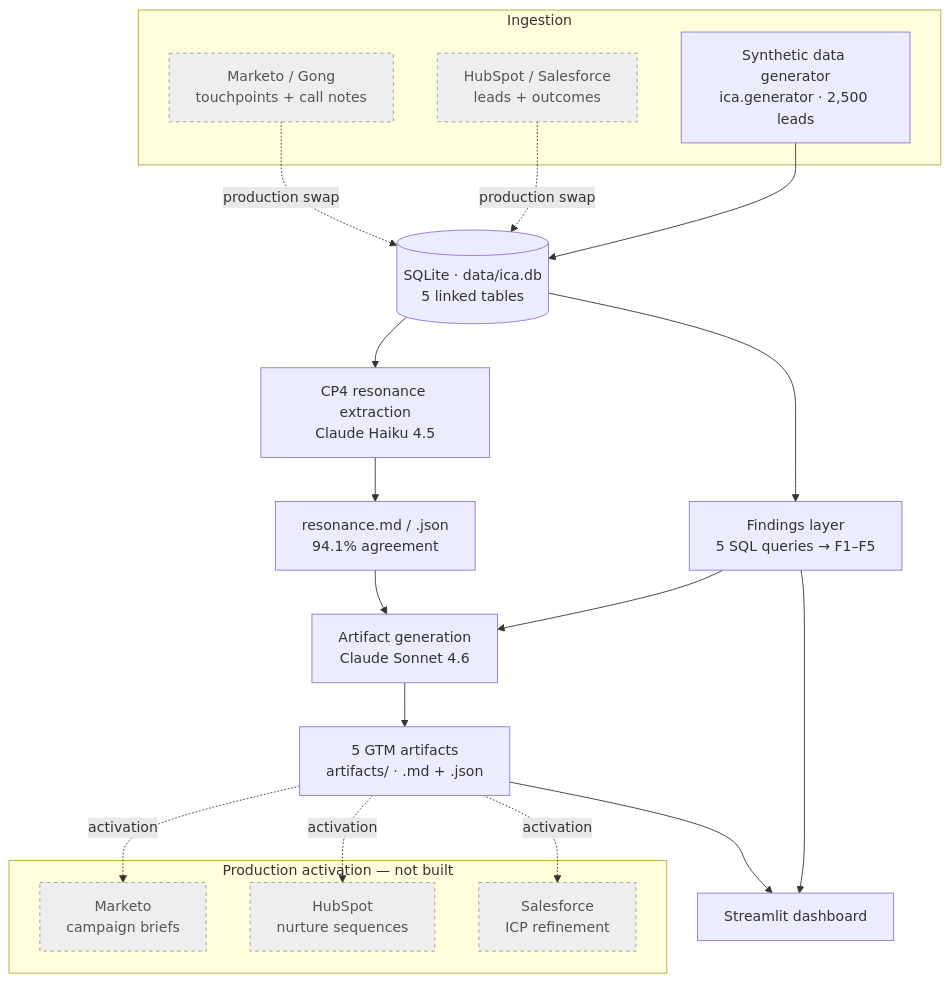
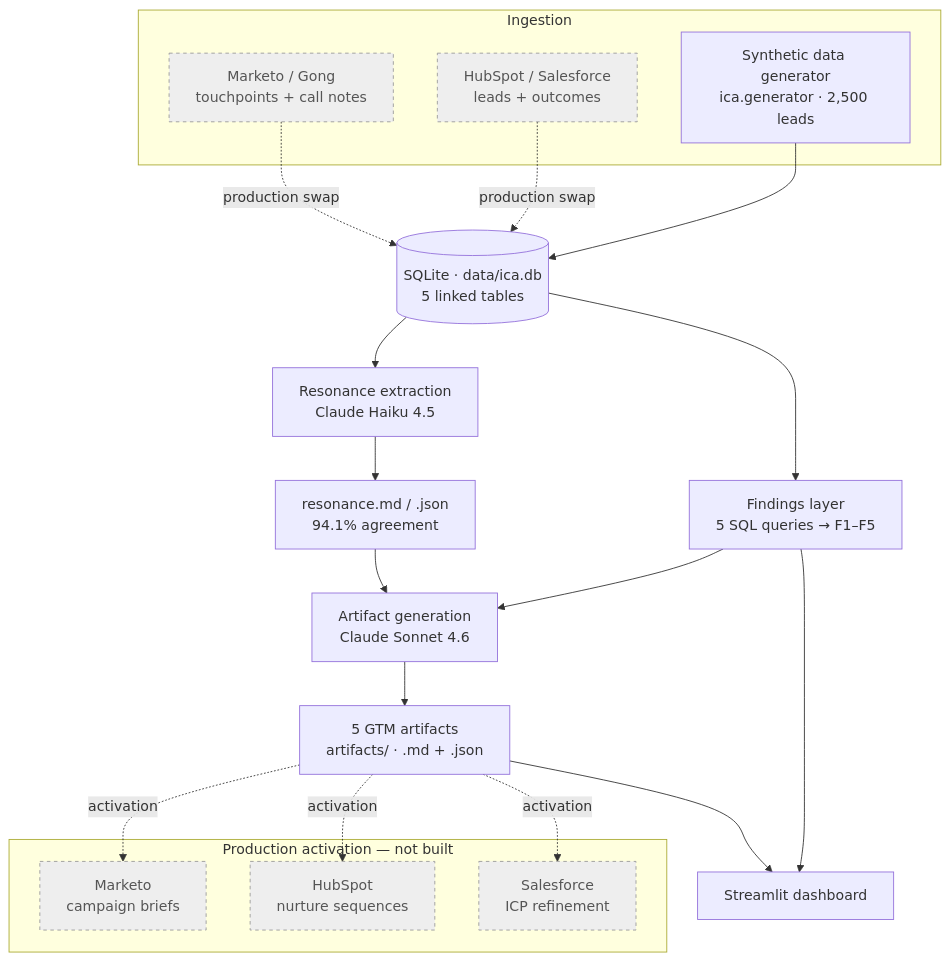
One commit to ryanmichaels-jpg/inbound-cause-analysis changed the diagram in README.md. Above: the diagram before and after it, drawn with Mermaid. The commit also changed other lines of this file, not shown here.

````diff
--- a/README.md
+++ b/README.md
@@ -38,29 +38,29 @@
 ```mermaid
 flowchart TB
     subgraph ingest [Ingestion]
         GEN["Synthetic data generator<br/>ica.generator · 2,500 leads"]
         CRM["HubSpot / Salesforce<br/>leads + outcomes"]:::prod
         TOUCH["Marketo / Gong<br/>touchpoints + call notes"]:::prod
     end
     DB[("SQLite · data/ica.db<br/>5 linked tables")]
     GEN --> DB
     CRM -. production swap .-> DB
     TOUCH -. production swap .-> DB
     DB --> FIND["Findings layer<br/>5 SQL queries → F1–F5"]
-    DB --> EXTRACT["CP4 resonance extraction<br/>Claude Haiku 4.5"]
+    DB --> EXTRACT["Resonance extraction<br/>Claude Haiku 4.5"]
     EXTRACT --> RES["resonance.md / .json<br/>94.1% agreement"]
     FIND --> ARTGEN["Artifact generation<br/>Claude Sonnet 4.6"]
     RES --> ARTGEN
     ARTGEN --> ART["5 GTM artifacts<br/>artifacts/ · .md + .json"]
     FIND --> DASH["Streamlit dashboard"]
     ART --> DASH
     subgraph activate [Production activation — not built]
         MKTO["Marketo<br/>campaign briefs"]:::prod
         HS["HubSpot<br/>nurture sequences"]:::prod
         SF["Salesforce<br/>ICP refinement"]:::prod
     end
     ART -. activation .-> MKTO
     ART -. activation .-> HS
     ART -. activation .-> SF
     classDef prod fill:#eeeeee,stroke:#999999,stroke-dasharray:4,color:#555555
 ```
````
